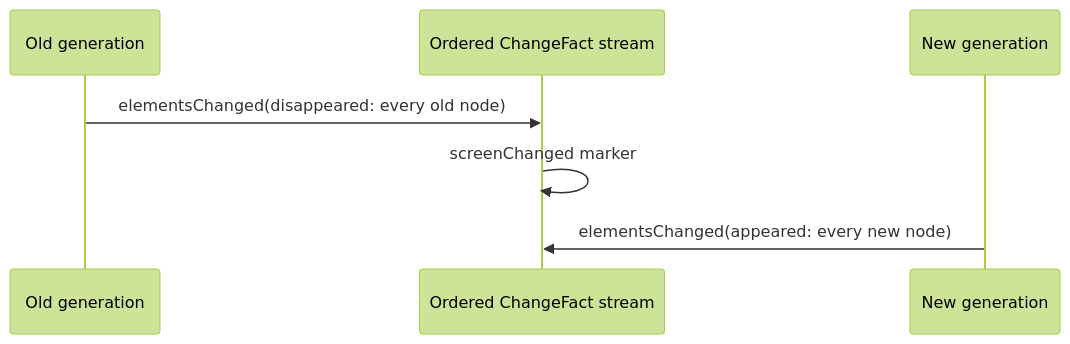
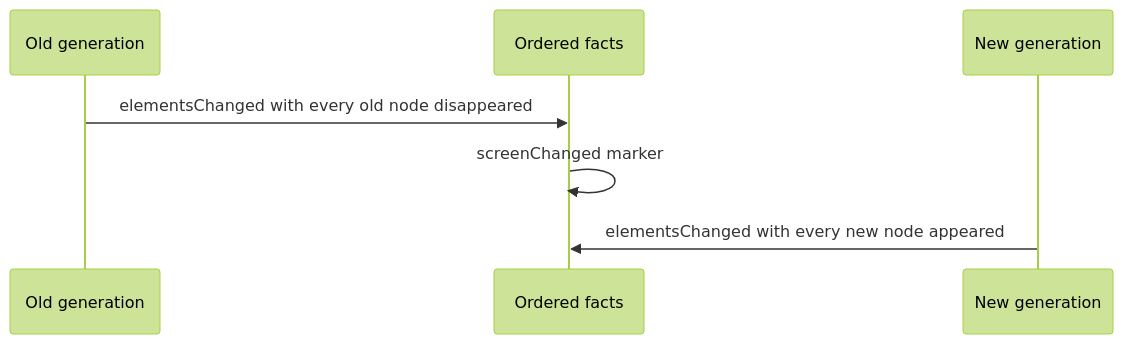
One commit to RoyalPineapple/TheButtonHeist changed the third of 3 diagrams in docs/diagrams/observation-pipeline.md. Above: the diagram before and after it, drawn with Mermaid (forest theme). The commit also changed other lines of this file and 16 other files, not shown here.

Commit message:
Lock canonical pipeline architecture shape

````diff
--- a/docs/diagrams/observation-pipeline.md
+++ b/docs/diagrams/observation-pipeline.md
@@ -55,10 +84,10 @@
 ```mermaid
 sequenceDiagram
     participant Old as Old generation
-    participant Facts as Ordered ChangeFact stream
+    participant Facts as Ordered facts
     participant New as New generation
 
-    Old->>Facts: elementsChanged(disappeared: every old node)
+    Old->>Facts: elementsChanged with every old node disappeared
     Facts->>Facts: screenChanged marker
-    New->>Facts: elementsChanged(appeared: every new node)
+    New->>Facts: elementsChanged with every new node appeared
 ```
````
